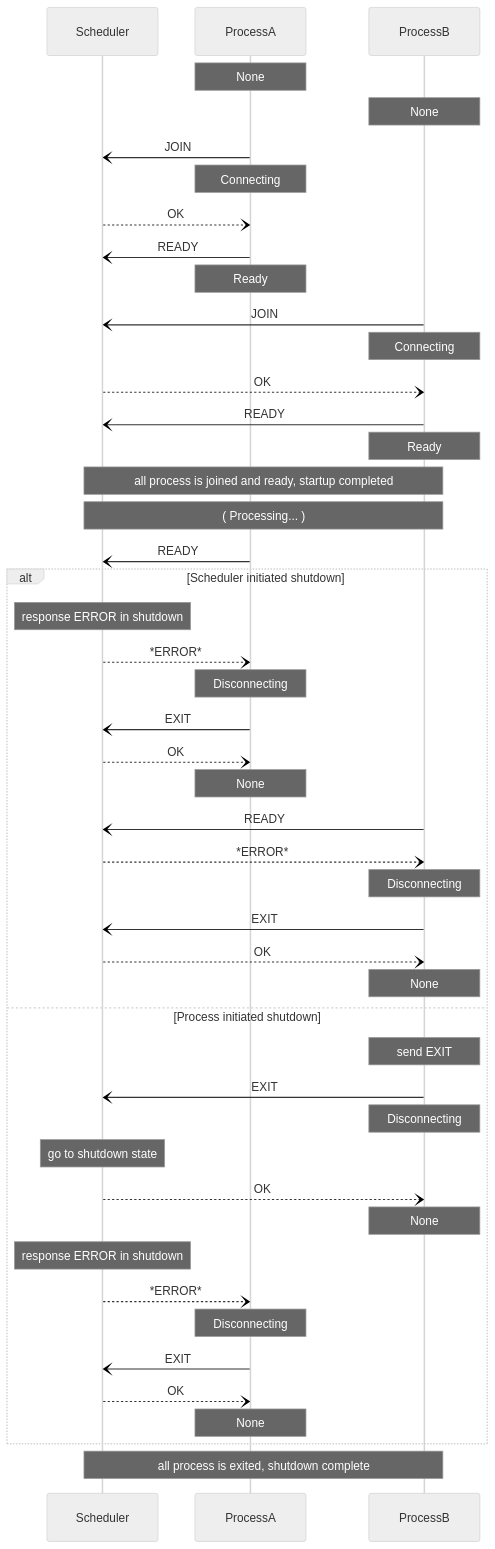
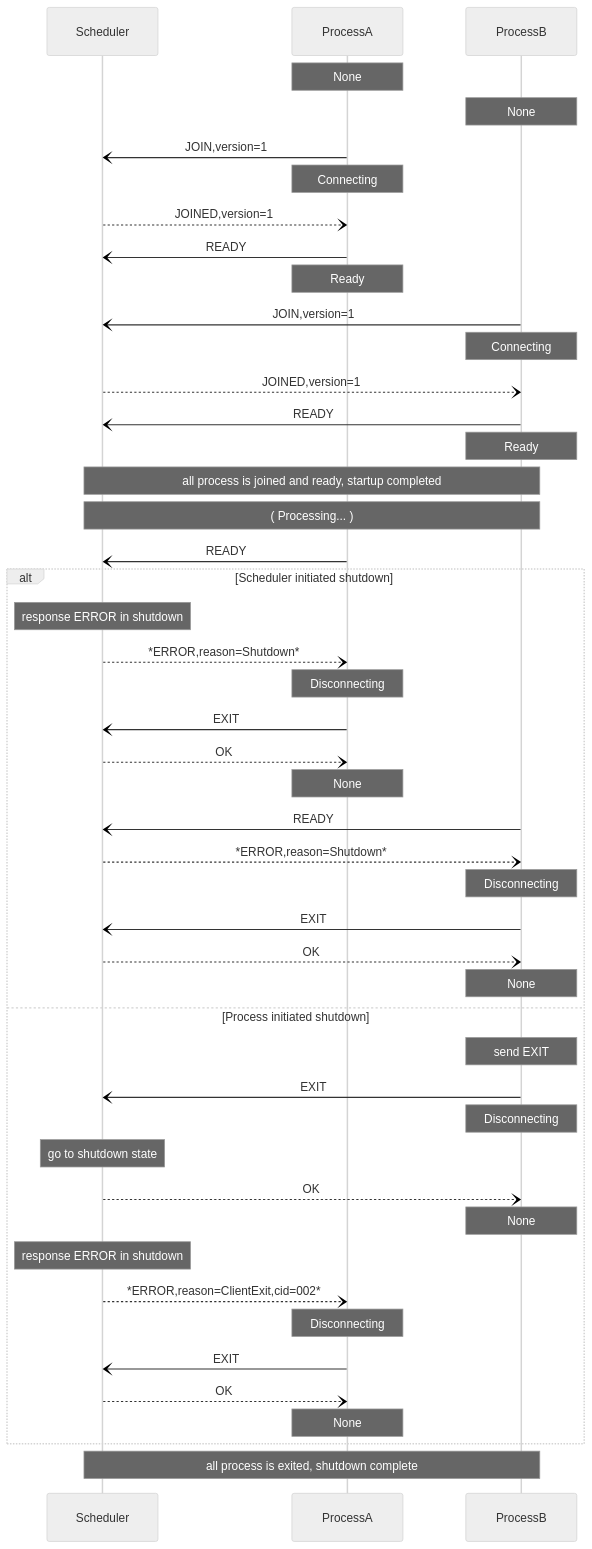
Before and after one commit to nao-kawano/ritsu-scheduler: the first of 2 diagrams in docs/message-sequence.md, drawn with Mermaid (neutral theme). The commit also changed other lines of this file and 4 other files, not shown here.

First line of the commit message:
docs: refine message formats and flows for better extensibility and operability

````diff
--- a/docs/message-sequence.md
+++ b/docs/message-sequence.md
@@ -12,61 +12,61 @@
 ```mermaid
 sequenceDiagram
   participant S as Scheduler
   participant A as ProcessA
   participant B as ProcessB
 
   Note over A: None
   Note over B: None
 
-  A -) S: JOIN
+  A -) S: JOIN,version=1
   Note over A: Connecting
-  S --) A: OK
+  S --) A: JOINED,version=1
 
   A -) S: READY
   Note over A: Ready
 
-  B -) S: JOIN
+  B -) S: JOIN,version=1
   Note over B: Connecting
-  S --) B: OK
+  S --) B: JOINED,version=1
 
   B -) S: READY
   Note over B: Ready
 
   Note over S,B: all process is joined and ready, startup completed
 
   Note over S,B: ( Processing... )
 
   A -) S: READY
   alt Scheduler initiated shutdown
     Note over S: response ERROR in shutdown
-    S --) A: *ERROR*
+    S --) A: *ERROR,reason=Shutdown*
       Note over A: Disconnecting
     A -) S: EXIT
     S --) A: OK
       Note over A: None
 
     B -) S: READY
-    S --) B: *ERROR*
+    S --) B: *ERROR,reason=Shutdown*
       Note over B: Disconnecting
     B -) S: EXIT
     S --) B: OK
       Note over B: None
 
   else Process initiated shutdown
     Note over B: send EXIT
     B -) S: EXIT
       Note over B: Disconnecting
       Note over S: go to shutdown state
     S --) B: OK
       Note over B: None
 
     Note over S: response ERROR in shutdown
-    S --) A: *ERROR*
+    S --) A: *ERROR,reason=ClientExit,cid=002*
       Note over A: Disconnecting
     A -) S: EXIT
     S --) A: OK
       Note over A: None
   end
 
   Note over S,B: all process is exited, shutdown complete
 ```
````
